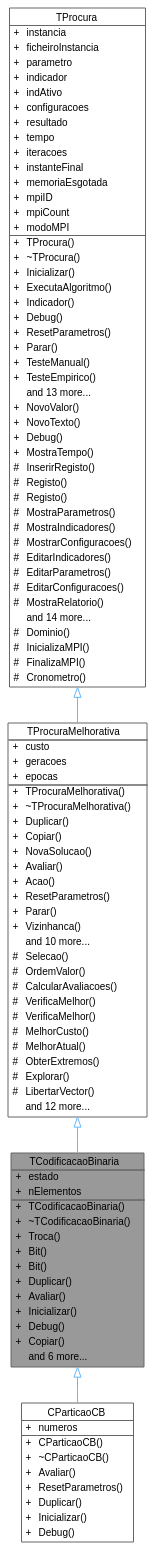
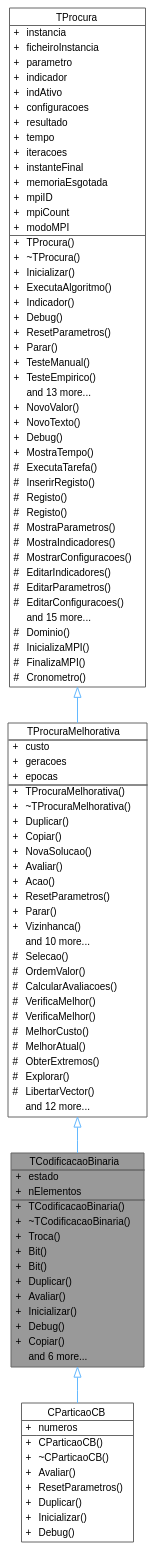
Before and after one commit to jcoelho72/TProcura: the diagram in classTCodificacaoBinaria__inherit__graph.dot, drawn with Graphviz. The commit also changed 177 other files, not shown here.

```diff
--- a/classTCodificacaoBinaria__inherit__graph.dot
+++ b/classTCodificacaoBinaria__inherit__graph.dot
@@ -86,6 +86,7 @@
 <TR><TD VALIGN="top" CELLPADDING="1" CELLSPACING="0">+</TD><TD VALIGN="top" ALIGN="LEFT" CELLPADDING="1" CELLSPACING="0">NovoTexto()<BR ALIGN="LEFT"/></TD></TR>
 <TR><TD VALIGN="top" CELLPADDING="1" CELLSPACING="0">+</TD><TD VALIGN="top" ALIGN="LEFT" CELLPADDING="1" CELLSPACING="0">Debug()<BR ALIGN="LEFT"/></TD></TR>
 <TR><TD VALIGN="top" CELLPADDING="1" CELLSPACING="0">+</TD><TD VALIGN="top" ALIGN="LEFT" CELLPADDING="1" CELLSPACING="0">MostraTempo()<BR ALIGN="LEFT"/></TD></TR>
+<TR><TD VALIGN="top" CELLPADDING="1" CELLSPACING="0">#</TD><TD VALIGN="top" ALIGN="LEFT" CELLPADDING="1" CELLSPACING="0">ExecutaTarefa()<BR ALIGN="LEFT"/></TD></TR>
 <TR><TD VALIGN="top" CELLPADDING="1" CELLSPACING="0">#</TD><TD VALIGN="top" ALIGN="LEFT" CELLPADDING="1" CELLSPACING="0">InserirRegisto()<BR ALIGN="LEFT"/></TD></TR>
 <TR><TD VALIGN="top" CELLPADDING="1" CELLSPACING="0">#</TD><TD VALIGN="top" ALIGN="LEFT" CELLPADDING="1" CELLSPACING="0">Registo()<BR ALIGN="LEFT"/></TD></TR>
 <TR><TD VALIGN="top" CELLPADDING="1" CELLSPACING="0">#</TD><TD VALIGN="top" ALIGN="LEFT" CELLPADDING="1" CELLSPACING="0">Registo()<BR ALIGN="LEFT"/></TD></TR>
@@ -95,8 +96,7 @@
 <TR><TD VALIGN="top" CELLPADDING="1" CELLSPACING="0">#</TD><TD VALIGN="top" ALIGN="LEFT" CELLPADDING="1" CELLSPACING="0">EditarIndicadores()<BR ALIGN="LEFT"/></TD></TR>
 <TR><TD VALIGN="top" CELLPADDING="1" CELLSPACING="0">#</TD><TD VALIGN="top" ALIGN="LEFT" CELLPADDING="1" CELLSPACING="0">EditarParametros()<BR ALIGN="LEFT"/></TD></TR>
 <TR><TD VALIGN="top" CELLPADDING="1" CELLSPACING="0">#</TD><TD VALIGN="top" ALIGN="LEFT" CELLPADDING="1" CELLSPACING="0">EditarConfiguracoes()<BR ALIGN="LEFT"/></TD></TR>
-<TR><TD VALIGN="top" CELLPADDING="1" CELLSPACING="0">#</TD><TD VALIGN="top" ALIGN="LEFT" CELLPADDING="1" CELLSPACING="0">MostraRelatorio()<BR ALIGN="LEFT"/></TD></TR>
-<TR><TD VALIGN="top" CELLPADDING="1" CELLSPACING="0"></TD><TD VALIGN="top" ALIGN="LEFT" CELLPADDING="1" CELLSPACING="0">and 14 more...</TD></TR>
+<TR><TD VALIGN="top" CELLPADDING="1" CELLSPACING="0"></TD><TD VALIGN="top" ALIGN="LEFT" CELLPADDING="1" CELLSPACING="0">and 15 more...</TD></TR>
 <TR><TD VALIGN="top" CELLPADDING="1" CELLSPACING="0">#</TD><TD VALIGN="top" ALIGN="LEFT" CELLPADDING="1" CELLSPACING="0">Dominio()<BR ALIGN="LEFT"/></TD></TR>
 <TR><TD VALIGN="top" CELLPADDING="1" CELLSPACING="0">#</TD><TD VALIGN="top" ALIGN="LEFT" CELLPADDING="1" CELLSPACING="0">InicializaMPI()<BR ALIGN="LEFT"/></TD></TR>
 <TR><TD VALIGN="top" CELLPADDING="1" CELLSPACING="0">#</TD><TD VALIGN="top" ALIGN="LEFT" CELLPADDING="1" CELLSPACING="0">FinalizaMPI()<BR ALIGN="LEFT"/></TD></TR>
```
